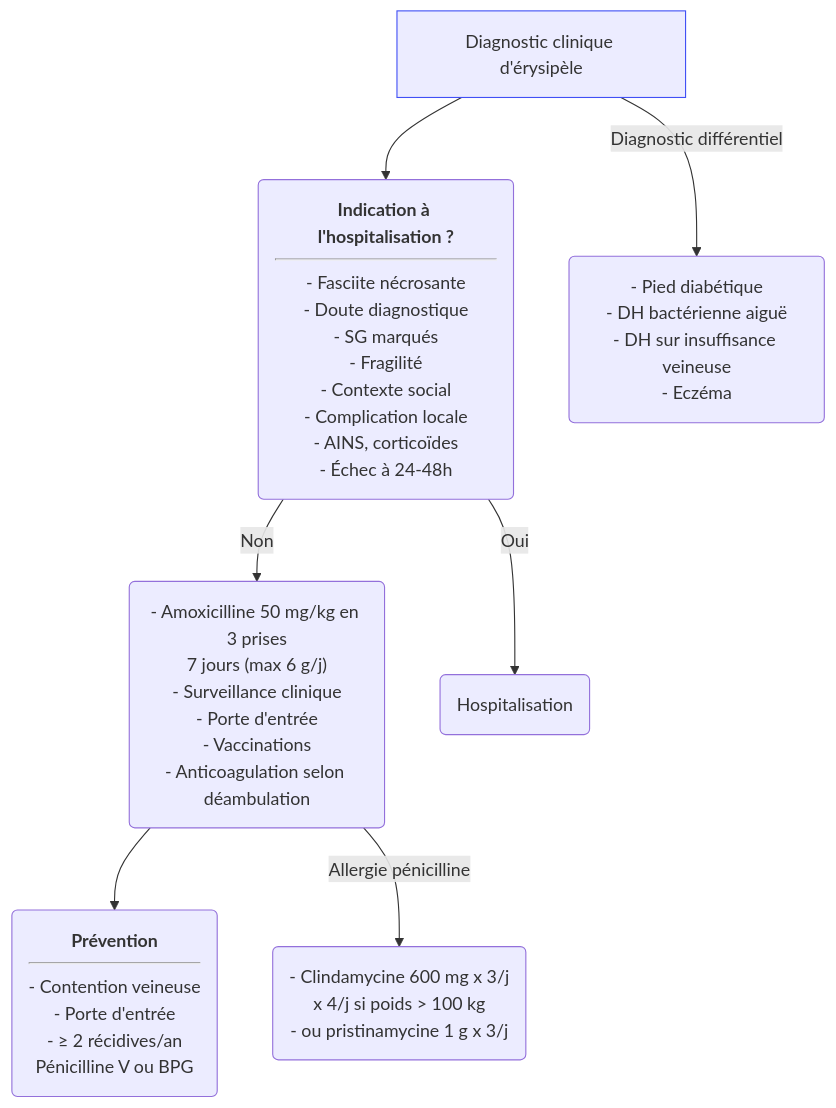
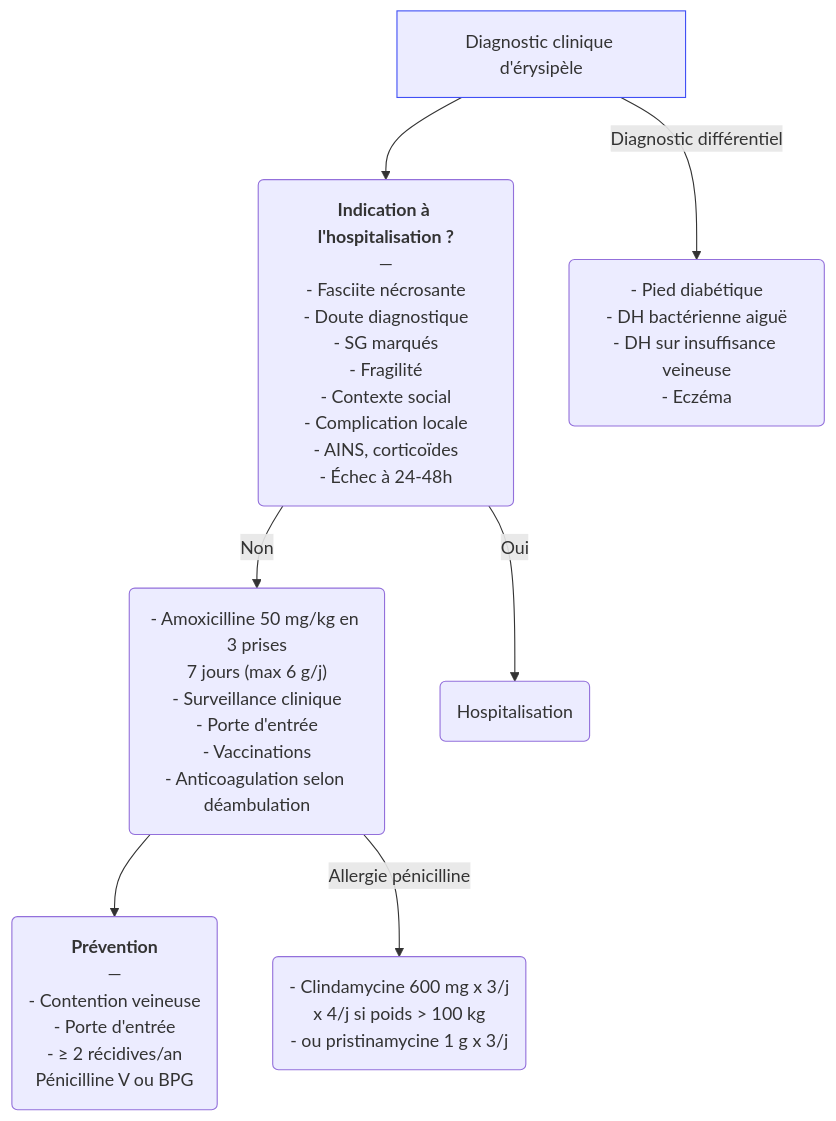
One commit to djibe/recommandations-medicales changed the diagram in content/recommandations/erysipele.md. Above: the diagram before and after it, drawn with Mermaid. The commit also changed 51 other files, not shown here.

```diff
--- a/content/recommandations/erysipele.md
+++ b/content/recommandations/erysipele.md
@@ -210,12 +210,12 @@
 {{< mermaid title="Conduite à tenir et prise en charge d'un érysipèle. Dr JB Fron d'après HAS/SPILF 2019 et 2021" >}}
 graph TB
 accTitle: Conduite à tenir et prise en charge d'un érysipèle d'après HAS/SPILF 2019 et 2021
   diagnostic[Diagnostic clinique d'érysipèle]
   style diagnostic stroke:#4150f5, stroke-width:1px
-    diagnostic --> indichospitalisation("<b>Indication à l'hospitalisation ?</b><hr>- Fasciite nécrosante<br>- Doute diagnostique<br>- SG marqués<br>- Fragilité<br>- Contexte social<br>- Complication locale<br>- AINS, corticoïdes<br>- Échec à 24-48h")
+    diagnostic --> indichospitalisation("<b>Indication à l'hospitalisation ?</b><br>—<br>- Fasciite nécrosante<br>- Doute diagnostique<br>- SG marqués<br>- Fragilité<br>- Contexte social<br>- Complication locale<br>- AINS, corticoïdes<br>- Échec à 24-48h")
       indichospitalisation -- Non --> antibiotique("- Amoxicilline 50 mg/kg en 3 prises<br>7 jours (max 6 g/j)<br>- Surveillance clinique<br>- Porte d'entrée<br>- Vaccinations<br>- Anticoagulation selon déambulation")
-        antibiotique --> prevention("<b>Prévention</b><hr>- Contention veineuse<br>- Porte d'entrée<br>- ≥ 2 récidives/an<br>Pénicilline V ou BPG")
+        antibiotique --> prevention("<b>Prévention</b><br>—<br>- Contention veineuse<br>- Porte d'entrée<br>- ≥ 2 récidives/an<br>Pénicilline V ou BPG")
         antibiotique -- Allergie pénicilline --> allergie("- Clindamycine 600 mg x 3/j<br>x 4/j si poids > 100 kg<br>- ou pristinamycine 1 g x 3/j")
       indichospitalisation -- Oui --> hospitalisation(Hospitalisation)
     diagnostic -- Diagnostic différentiel --> differentiel("- Pied diabétique<br>- DH bactérienne aiguë<br>- DH sur insuffisance veineuse<br>- Eczéma")
 {{< /mermaid >}}
```
